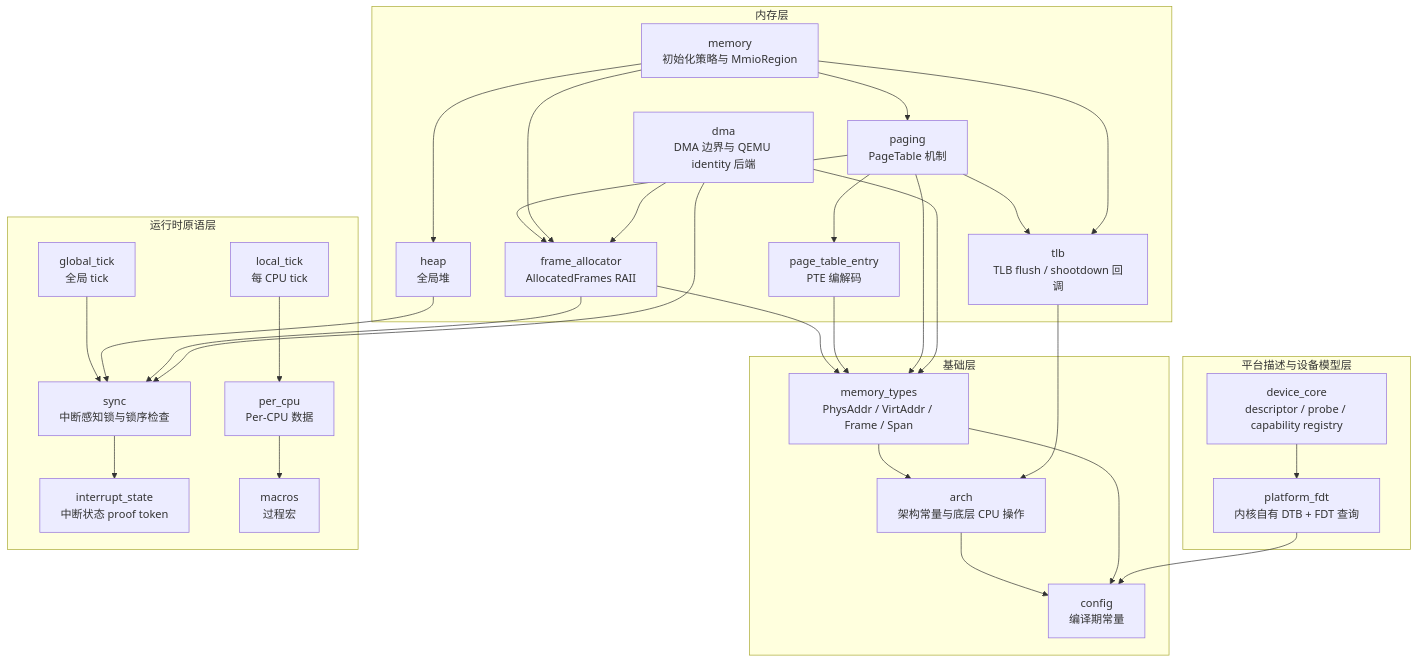
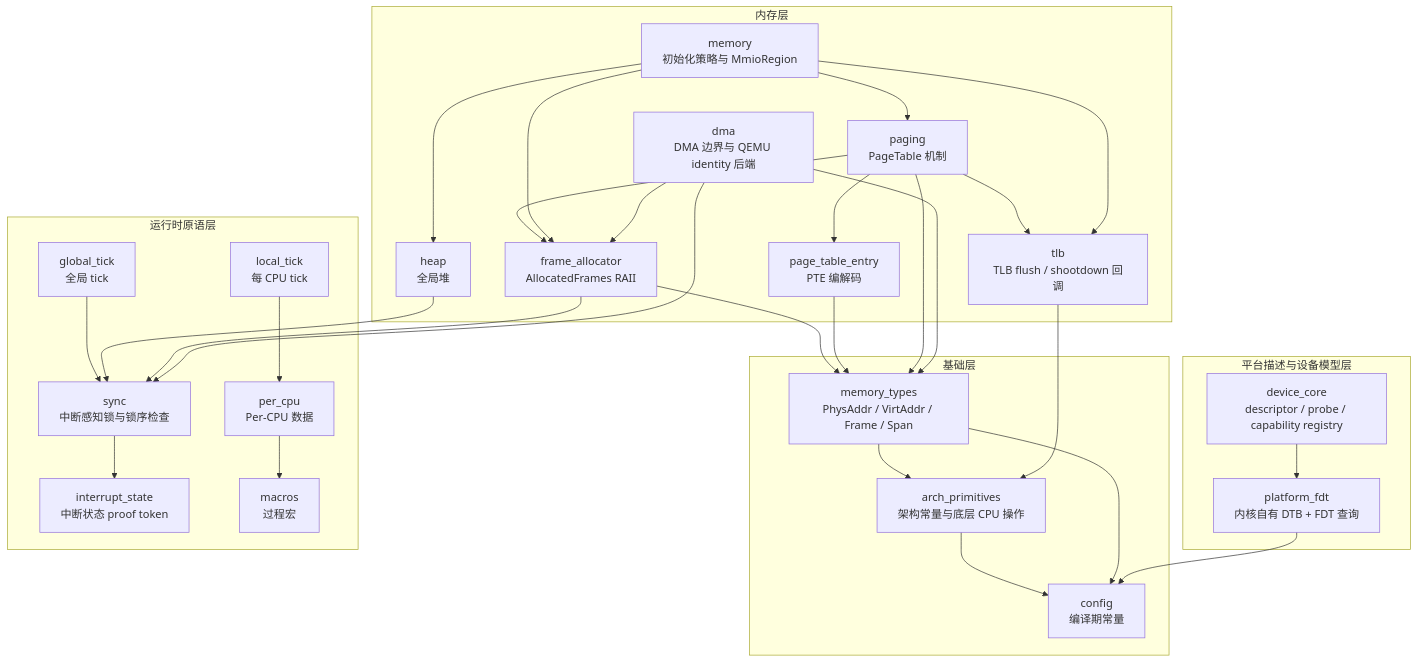
The first of 4 diagrams in crates/AGENTS.md (MRNIU/SimpleKernel), drawn with Mermaid before and after one commit. The commit also changed other lines of this file and 42 other files, not shown here.

````diff
--- a/crates/AGENTS.md
+++ b/crates/AGENTS.md
@@ -10,60 +10,60 @@
 ```mermaid
 flowchart TB
   subgraph Core["基础层"]
     config["config<br/>编译期常量"]
-    arch["arch<br/>架构常量与底层 CPU 操作"]
+    arch_primitives["arch_primitives<br/>架构常量与底层 CPU 操作"]
     memory_types["memory_types<br/>PhysAddr / VirtAddr / Frame / Span"]
   end
 
   subgraph Platform["平台描述与设备模型层"]
     platform_fdt["platform_fdt<br/>内核自有 DTB + FDT 查询"]
     device_core["device_core<br/>descriptor / probe / capability registry"]
   end
 
   subgraph Runtime["运行时原语层"]
     interrupt_state["interrupt_state<br/>中断状态 proof token"]
     sync["sync<br/>中断感知锁与锁序检查"]
     macros["macros<br/>过程宏"]
     per_cpu["per_cpu<br/>Per-CPU 数据"]
     global_tick["global_tick<br/>全局 tick"]
     local_tick["local_tick<br/>每 CPU tick"]
   end
 
   subgraph Memory["内存层"]
     heap["heap<br/>全局堆"]
     frame_allocator["frame_allocator<br/>AllocatedFrames RAII"]
     page_table_entry["page_table_entry<br/>PTE 编解码"]
     tlb["tlb<br/>TLB flush / shootdown 回调"]
     paging["paging<br/>PageTable 机制"]
     memory["memory<br/>初始化策略与 MmioRegion"]
     dma["dma<br/>DMA 边界与 QEMU identity 后端"]
   end
 
-  arch --> config
-  memory_types --> arch
+  arch_primitives --> config
+  memory_types --> arch_primitives
   memory_types --> config
   platform_fdt --> config
   device_core --> platform_fdt
 
   sync --> interrupt_state
   per_cpu --> macros
   global_tick --> sync
   local_tick --> per_cpu
 
   heap --> sync
   frame_allocator --> memory_types
   frame_allocator --> sync
   page_table_entry --> memory_types
-  tlb --> arch
+  tlb --> arch_primitives
   paging --> frame_allocator
   paging --> page_table_entry
   paging --> tlb
   paging --> memory_types
   memory --> heap
   memory --> frame_allocator
   memory --> paging
   memory --> tlb
   dma --> frame_allocator
   dma --> memory_types
   dma --> sync
 ```
````
